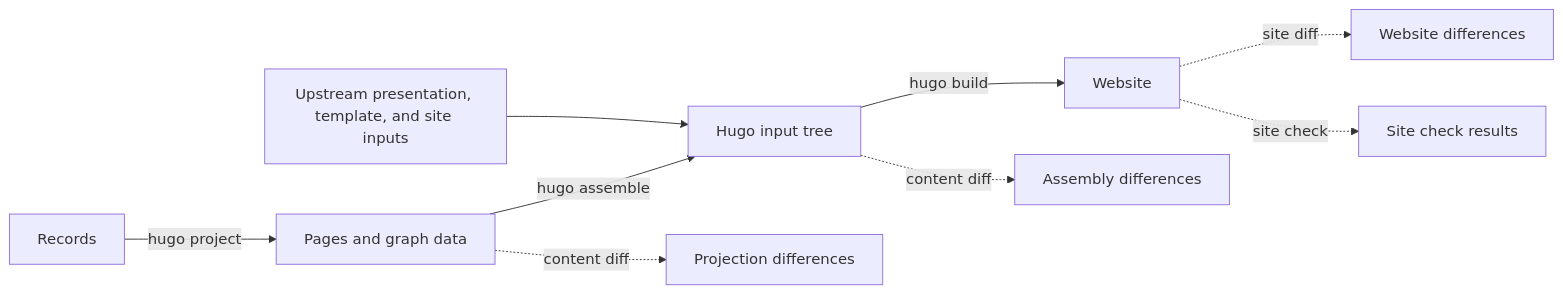
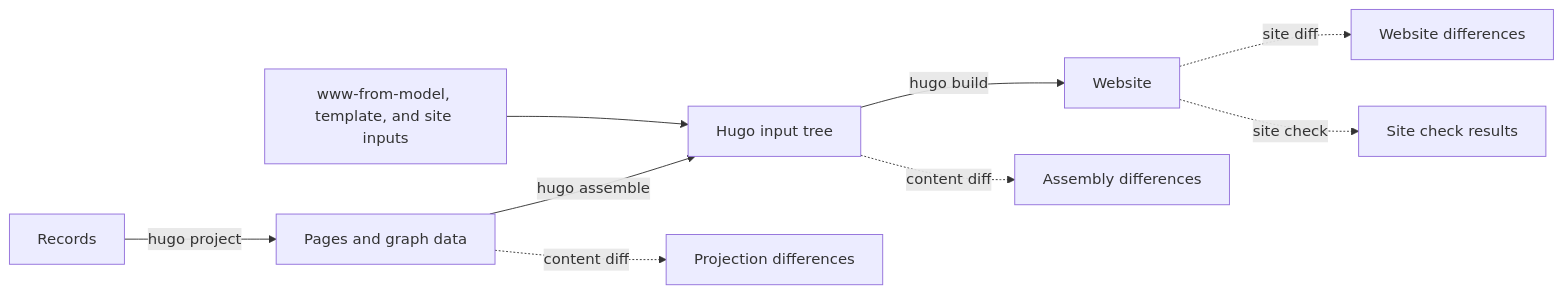
One commit to ORINOCO-Lite/orinoco-lite-dev changed the second of 3 diagrams in packages/diff-review-application/README.md. Above: the diagram before and after it, drawn with Mermaid. The commit also changed 47 other files, not shown here.

````diff
--- a/packages/diff-review-application/README.md
+++ b/packages/diff-review-application/README.md
@@ -33,11 +33,11 @@
 ```mermaid
 flowchart LR
   records[Records] -->|hugo project| projection[Pages and graph data]
   projection -->|hugo assemble| assembly[Hugo input tree]
-  sources[Upstream presentation, template, and site inputs] --> assembly
+  sources[www-from-model, template, and site inputs] --> assembly
   assembly -->|hugo build| website[Website]
   projection -. content diff .-> p[Projection differences]
   assembly -. content diff .-> a[Assembly differences]
   website -. site diff .-> w[Website differences]
   website -. site check .-> checks[Site check results]
 ```
````
